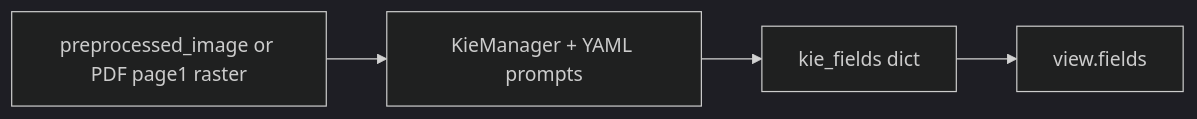
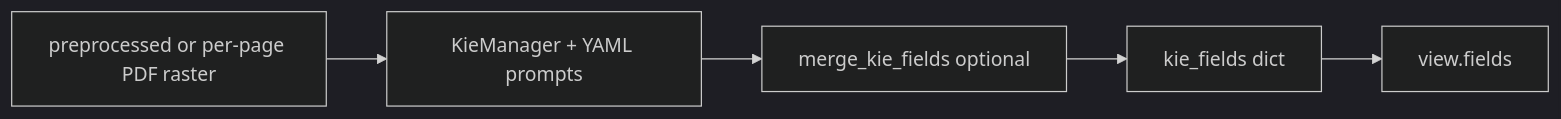
One commit to livezingy/DocuVision changed the diagram in docs/architecture/kie.md. Above: the diagram before and after it, drawn with Mermaid (dark theme). The commit also changed other lines of this file and 32 other files, not shown here.

````diff
--- a/docs/architecture/kie.md
+++ b/docs/architecture/kie.md
@@ -34,9 +34,10 @@
 ```mermaid
 flowchart LR
-  img[preprocessed_image or PDF page1 raster]
+  img[preprocessed or per-page PDF raster]
   km[KieManager + YAML prompts]
+  merge[merge_kie_fields optional]
   fields[kie_fields dict]
   view[view.fields]
 
-  img --> km --> fields --> view
+  img --> km --> merge --> fields --> view
 ```
````
